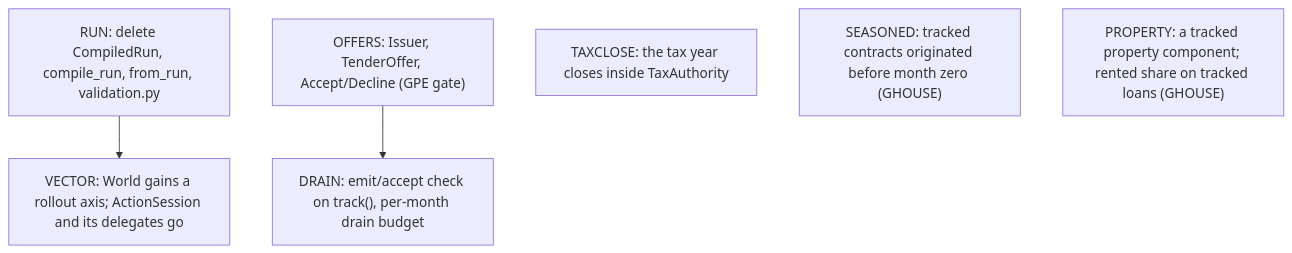
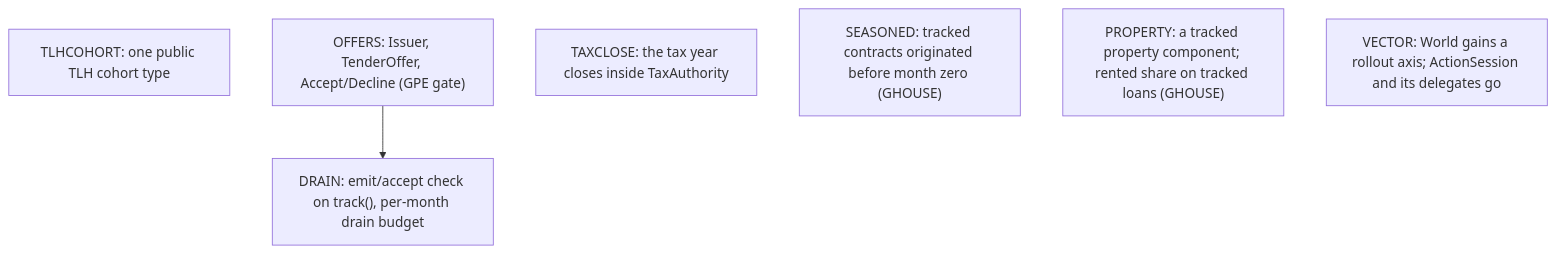
One commit to agentydragon/ducktape changed the diagram in finance/augur/plans/library_design_gates.md. Above: the diagram before and after it, drawn with Mermaid. The commit also changed other lines of this file and 15 other files, not shown here.

````diff
--- a/finance/augur/plans/library_design_gates.md
+++ b/finance/augur/plans/library_design_gates.md
@@ -196,12 +186,11 @@
 ```mermaid
 graph TD
-    RUN_GONE["RUN: delete CompiledRun, compile_run, from_run, validation.py"]
+    TLHCOHORT["TLHCOHORT: one public TLH cohort type"]
     OFFERS["OFFERS: Issuer, TenderOffer, Accept/Decline (GPE gate)"]
     DRAIN["DRAIN: emit/accept check on track(), per-month drain budget"]
     TAXCLOSE["TAXCLOSE: the tax year closes inside TaxAuthority"]
     SEASONED["SEASONED: tracked contracts originated before month zero (GHOUSE)"]
     PROPERTY["PROPERTY: a tracked property component; rented share on tracked loans (GHOUSE)"]
     VECTOR["VECTOR: World gains a rollout axis; ActionSession and its delegates go"]
     OFFERS --> DRAIN
-    RUN_GONE --> VECTOR
 ```
````
